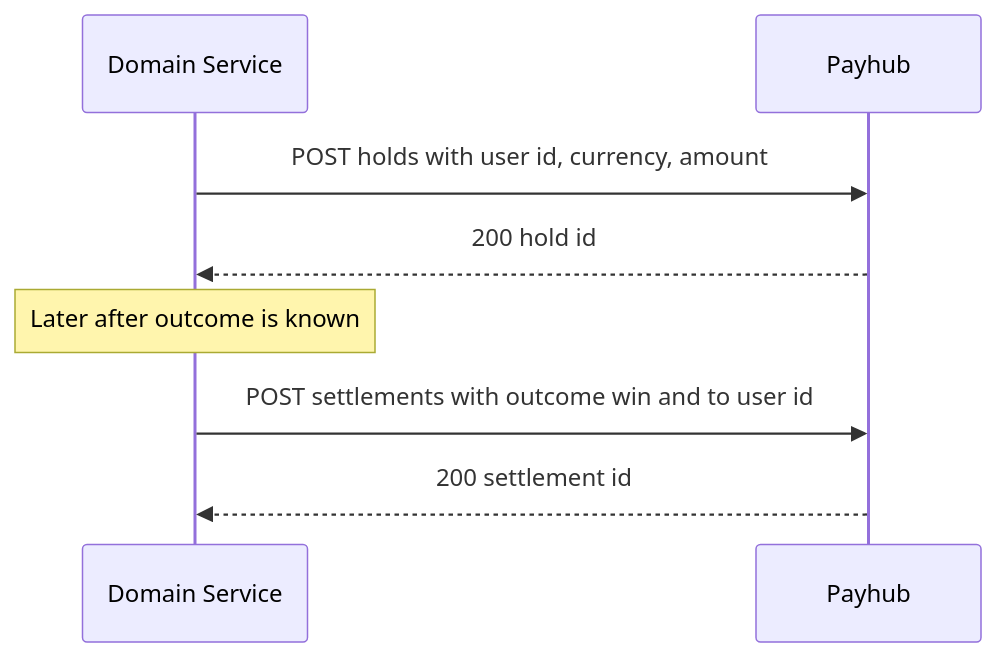
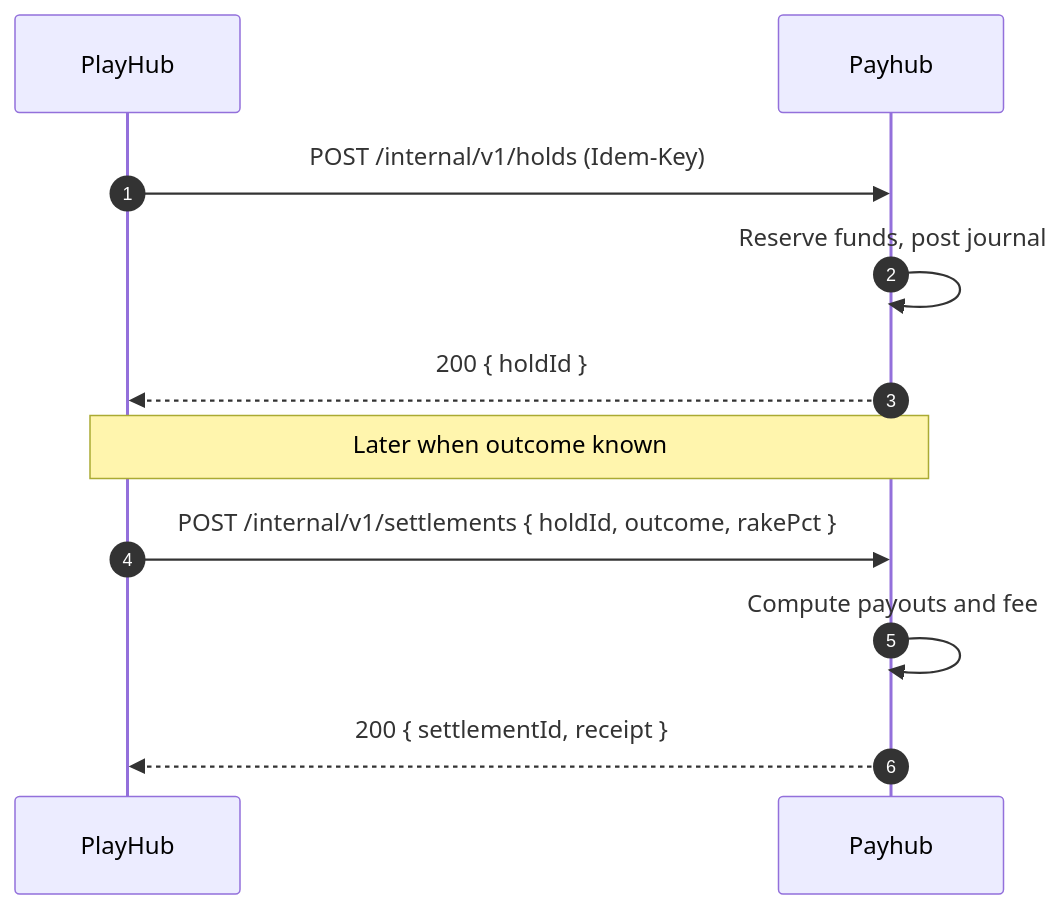
Before and after one commit to fuzeac/fuze-telegram-mini-app: the second of 5 diagrams in miniapp-payhub-service.md, drawn with Mermaid. The commit also changed other lines of this file, not shown here.

````diff
--- a/miniapp-payhub-service.md
+++ b/miniapp-payhub-service.md
@@ -82,10 +112,13 @@
 ```mermaid
 sequenceDiagram
-participant SVC as Domain Service
-participant PAY as Payhub
-SVC->>PAY: POST holds with user id, currency, amount
-PAY-->>SVC: 200 hold id
-Note over SVC: Later after outcome is known
-SVC->>PAY: POST settlements with outcome win and to user id
-PAY-->>SVC: 200 settlement id
+  autonumber
+  participant PH as PlayHub
+  participant PAY as Payhub
+  PH->>PAY: POST /internal/v1/holds (Idem-Key)
+  PAY->>PAY: Reserve funds, post journal
+  PAY-->>PH: 200 { holdId }
+  Note over PH,PAY: Later when outcome known
+  PH->>PAY: POST /internal/v1/settlements { holdId, outcome, rakePct }
+  PAY->>PAY: Compute payouts and fee
+  PAY-->>PH: 200 { settlementId, receipt }
 ```
````
